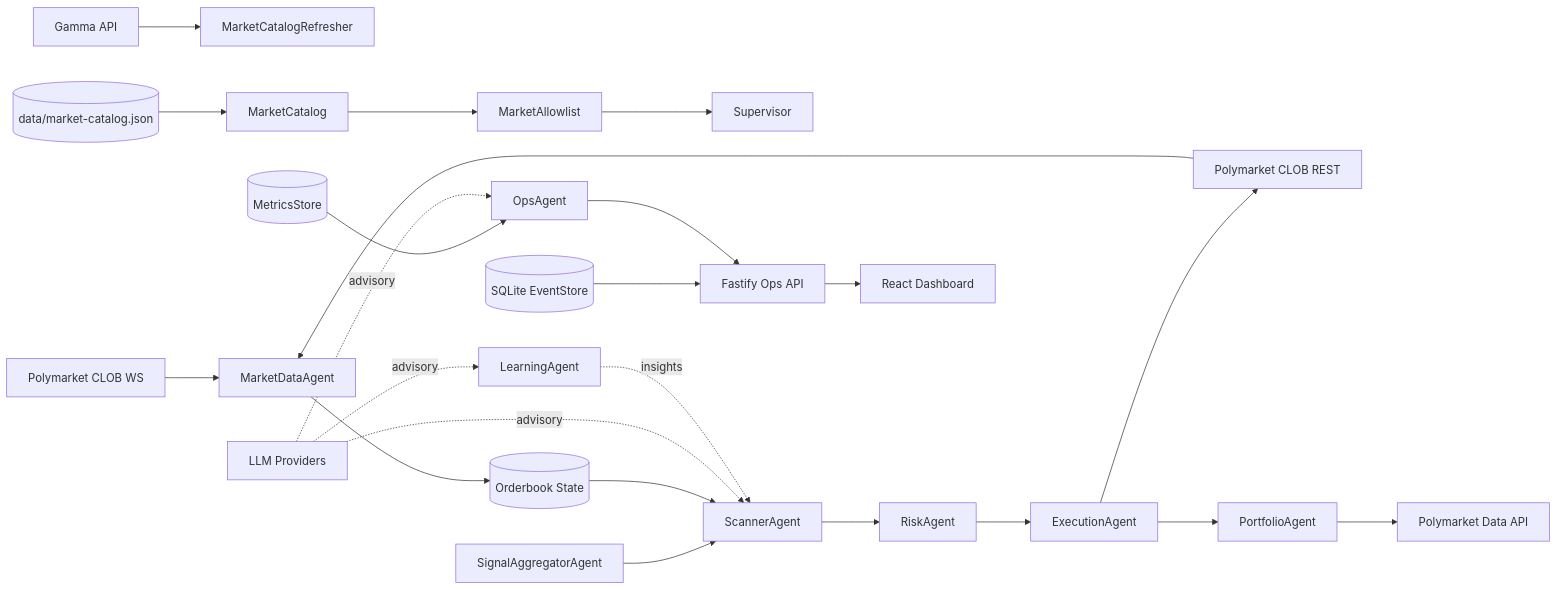
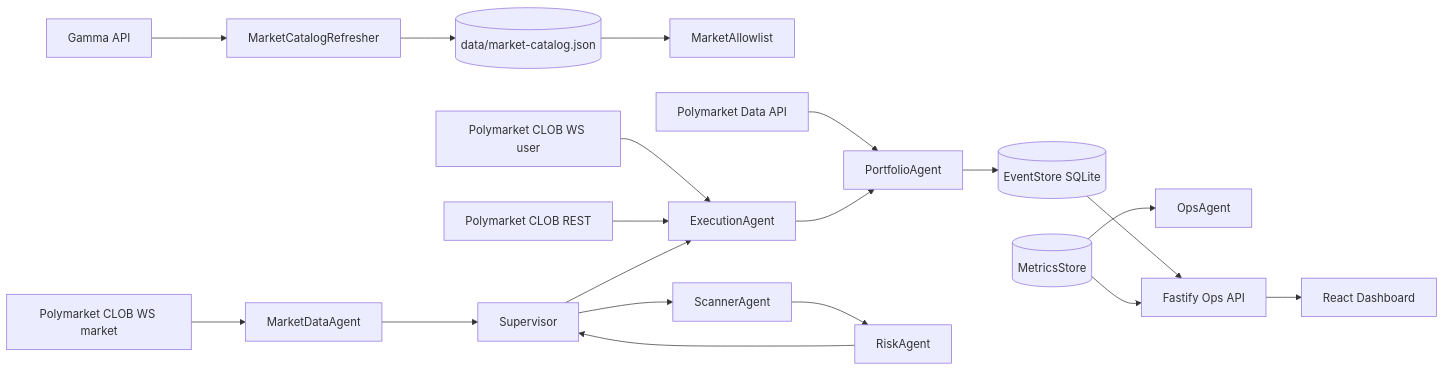
Before and after one commit to freshtechbro/openpolytrader: the diagram in docs/ARCHITECTURE.md, drawn with Mermaid. The commit also changed other lines of this file and 71 other files, not shown here.

Commit message:
feat: harden LLM routing and catalog startup safeguards

````diff
--- a/docs/ARCHITECTURE.md
+++ b/docs/ARCHITECTURE.md
@@ -41,25 +14,24 @@
 ```mermaid
 flowchart LR
   Gamma[Gamma API] --> CatalogRefresher[MarketCatalogRefresher]
-  CatalogFile[(data/market-catalog.json)] --> Catalog[MarketCatalog]
-  Catalog --> Allowlist[MarketAllowlist]
-  Allowlist --> Supervisor
+  CatalogRefresher --> MarketCatalog[(data/market-catalog.json)]
+  MarketCatalog --> Allowlist[MarketAllowlist]
 
-  PolymarketWS[Polymarket CLOB WS] --> MarketDataAgent
-  PolymarketREST[Polymarket CLOB REST] --> MarketDataAgent
-  MarketDataAgent --> Orderbooks[(Orderbook State)]
+  PMWS[Polymarket CLOB WS market] --> MarketDataAgent
+  PMUserWS[Polymarket CLOB WS user] --> ExecutionAgent
+  PMRest[Polymarket CLOB REST] --> ExecutionAgent
+  PMDataApi[Polymarket Data API] --> PortfolioAgent
 
-  SignalAggregatorAgent --> ScannerAgent
-  Orderbooks --> ScannerAgent --> RiskAgent --> ExecutionAgent --> PortfolioAgent
-  ExecutionAgent --> PolymarketREST
-  PortfolioAgent --> DataApi[Polymarket Data API]
+  MarketDataAgent --> Supervisor
+  Supervisor --> ScannerAgent
+  ScannerAgent --> RiskAgent
+  RiskAgent --> Supervisor
+  Supervisor --> ExecutionAgent
+  ExecutionAgent --> PortfolioAgent
 
-  EventStore[(SQLite EventStore)] --> OpsApi[Fastify Ops API]
-  MetricsStore[(MetricsStore)] --> OpsAgent --> OpsApi
-  OpsApi --> Dashboard[React Dashboard]
-
-  LLMs[LLM Providers] -. advisory .-> ScannerAgent
-  LLMs -. advisory .-> OpsAgent
-  LLMs -. advisory .-> LearningAgent
-  LearningAgent -. insights .-> ScannerAgent
+  PortfolioAgent --> EventStore[(EventStore SQLite)]
+  MetricsStore[(MetricsStore)] --> OpsAgent
+  EventStore --> OpsAPI[Fastify Ops API]
+  MetricsStore --> OpsAPI
+  OpsAPI --> Dashboard[React Dashboard]
 ```
````
